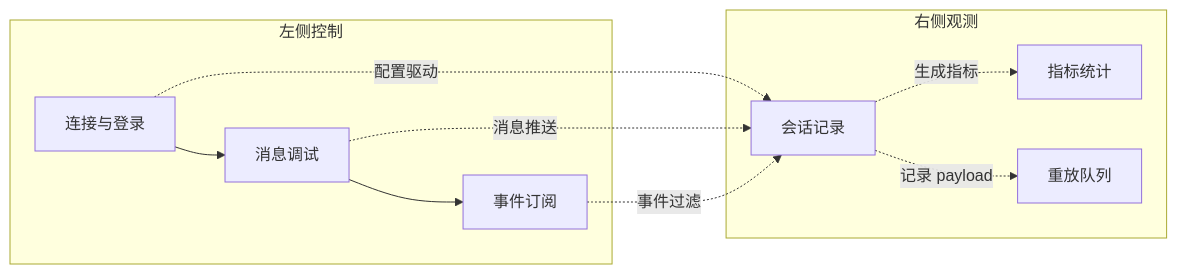
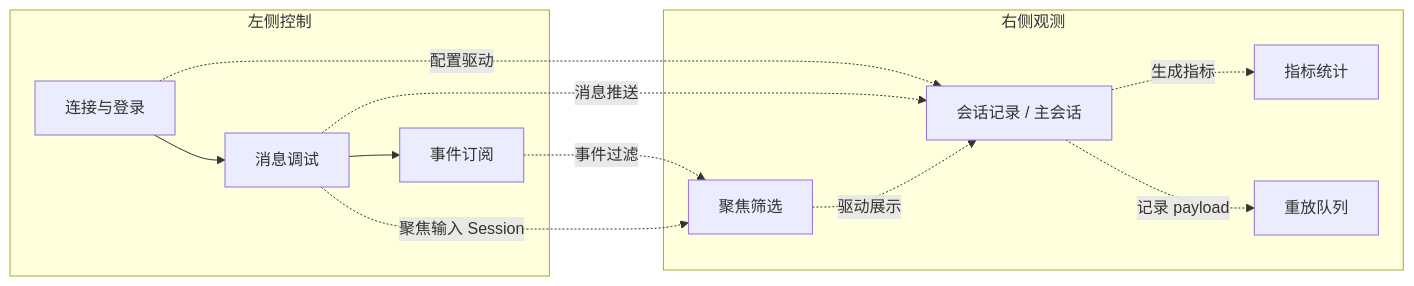
The diagram in docs/410_websocket_test_page_manual.md (Cokefish9527/open-webui), drawn with Mermaid before and after one commit. The commit also changed other lines of this file and 3 other files, not shown here.

````diff
--- a/docs/410_websocket_test_page_manual.md
+++ b/docs/410_websocket_test_page_manual.md
@@ -17,17 +18,20 @@
 ```mermaid
 flowchart LR
   subgraph 左侧控制
     A[连接与登录] --> B[消息调试]
     B --> C[事件订阅]
   end
   subgraph 右侧观测
-    D[会话记录]
+    G[聚焦筛选]
+    D[会话记录 / 主会话]
     E[指标统计]
     F[重放队列]
   end
   A -.配置驱动.-> D
   B -.消息推送.-> D
+  G -.驱动展示.-> D
   D -.生成指标.-> E
   D -.记录 payload.-> F
-  C -.事件过滤.-> D
+  C -.事件过滤.-> G
+  B -.聚焦输入 Session.-> G
 ```
````
